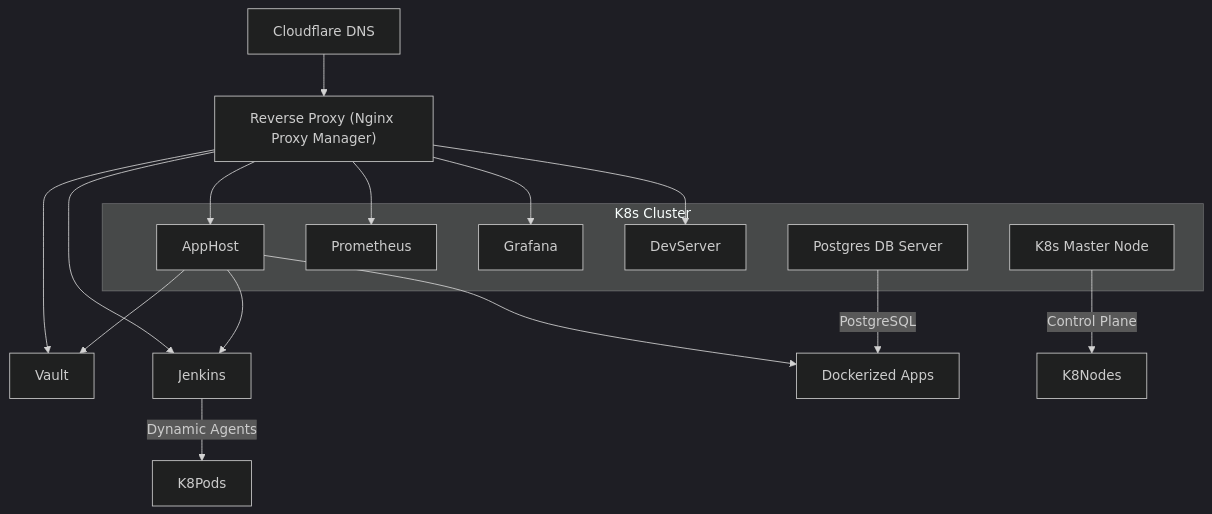
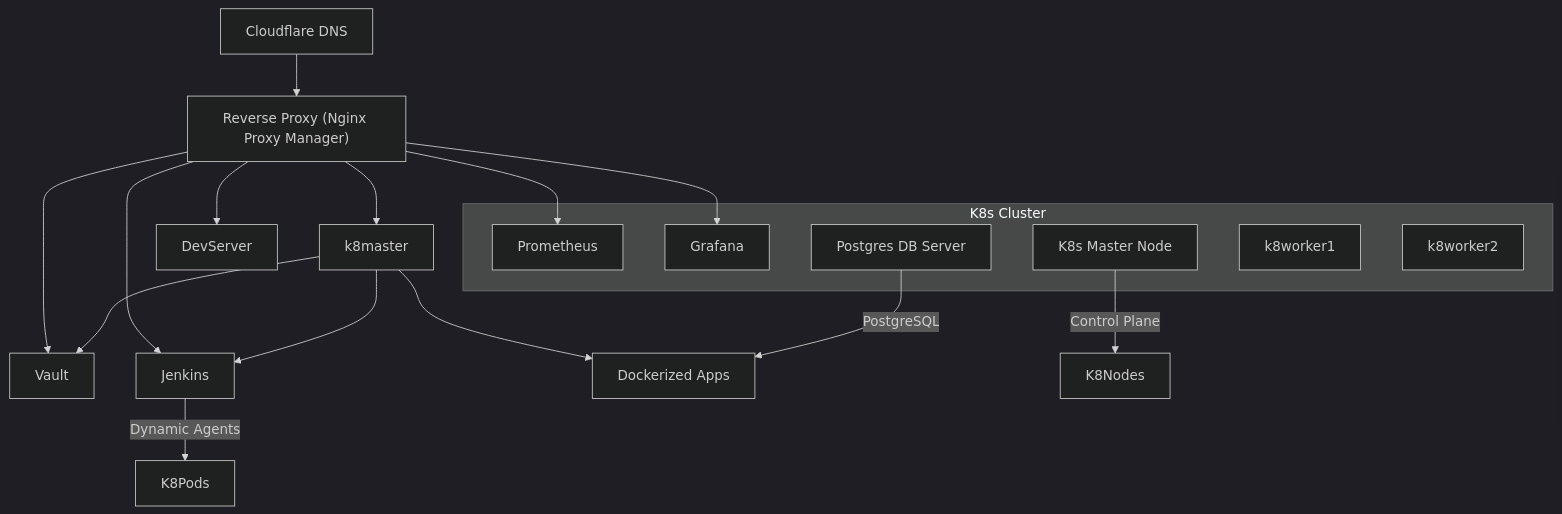
The diagram in README.md (tamhid92/devops), drawn with Mermaid (dark theme) before and after one commit.

````diff
--- a/README.md
+++ b/README.md
@@ -26,26 +26,26 @@
 ```mermaid
 graph TD
     CF[Cloudflare DNS] --> RP["Reverse Proxy (Nginx Proxy Manager)"]
-    RP --> AppHost
+    RP --> k8master
     RP --> Prometheus
     RP --> Grafana
     RP --> Vault
     RP --> Jenkins
     RP --> DevServer
 
     subgraph K8s Cluster
         Prometheus
         Grafana
-        K8Master[K8s Master Node]
+        k8Master[K8s Master Node]
         DBServer[Postgres DB Server]
-        AppHost
-        DevServer
+        k8worker1
+        k8worker2
     end
 
-    AppHost --> Jenkins
-    AppHost --> Vault
-    AppHost --> Apps[Dockerized Apps]
-    K8Master -->|Control Plane| K8Nodes
+    k8master --> Jenkins
+    k8master --> Vault
+    k8master --> Apps[Dockerized Apps]
+    k8Master -->|Control Plane| K8Nodes
     Jenkins -->|Dynamic Agents| K8Pods
     DBServer -->|PostgreSQL| Apps
 ```
````
